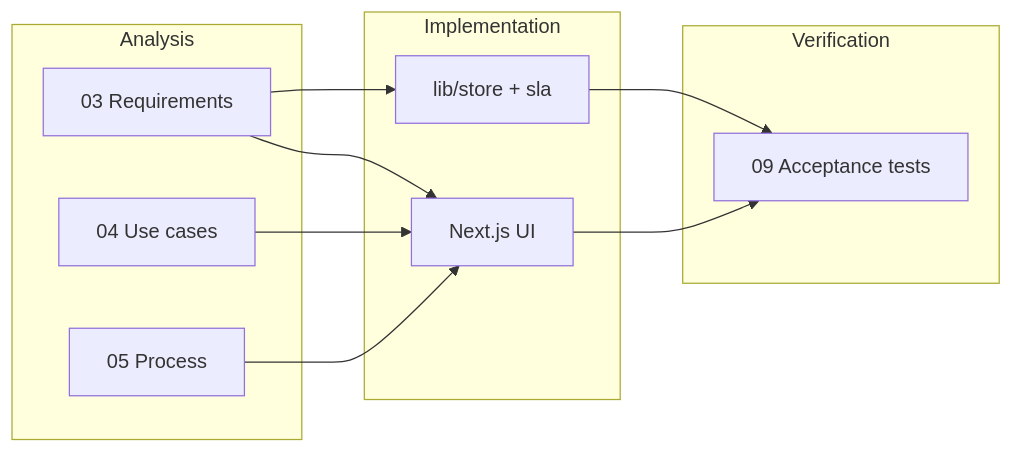
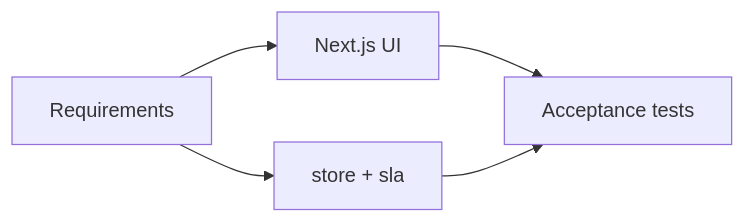
The diagram in docs/08-traceability-matrix.md (jah-guide/flowgate), drawn with Mermaid before and after one commit. The commit also changed other lines of this file and 1 other file, not shown here.

Commit message:
docs: tighten requirements and traceability matrix

````diff
--- a/docs/08-traceability-matrix.md
+++ b/docs/08-traceability-matrix.md
@@ -50,24 +49,7 @@
 ```mermaid
 flowchart LR
-  subgraph Analysis
-    R[03 Requirements]
-    U[04 Use cases]
-    P[05 Process]
-  end
-
-  subgraph Implementation
-    C[Next.js UI]
-    L[lib/store + sla]
-  end
-
-  subgraph Verification
-    T[09 Acceptance tests]
-  end
-
-  R --> C
-  U --> C
-  P --> C
-  R --> L
-  C --> T
+  R[Requirements] --> UI[Next.js UI]
+  R --> L[store + sla]
+  UI --> T[Acceptance tests]
   L --> T
 ```
````
